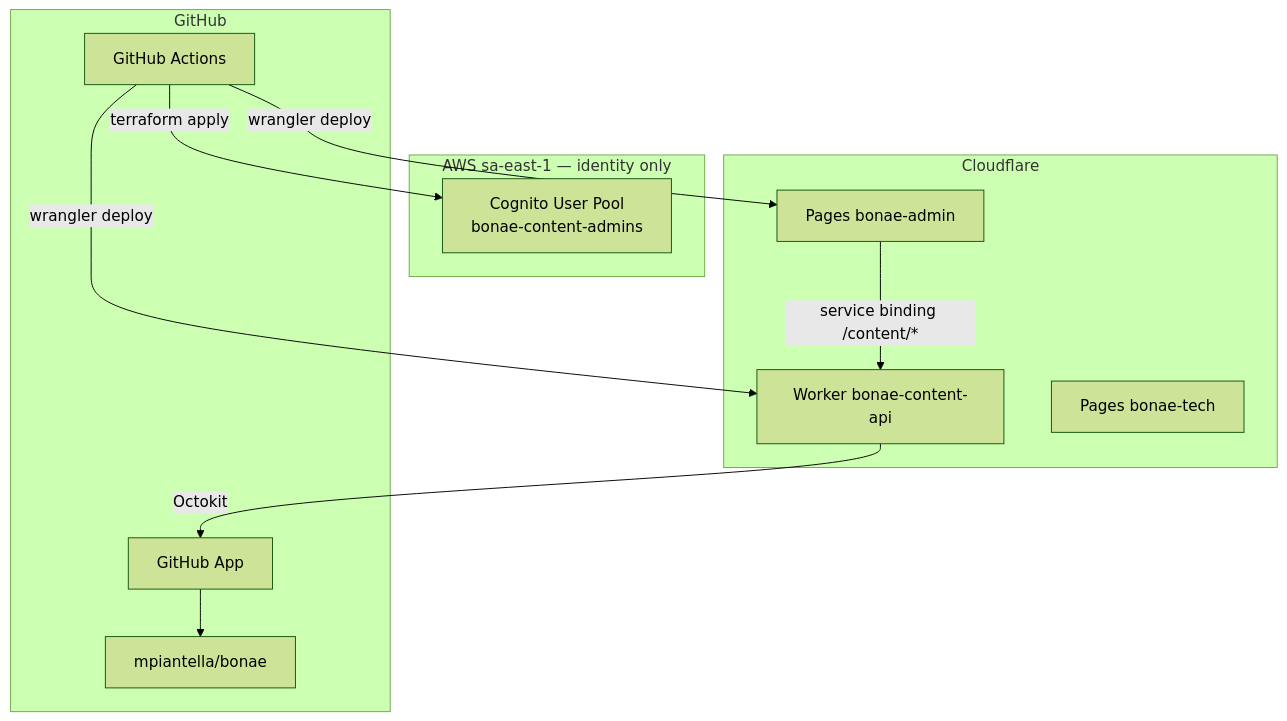
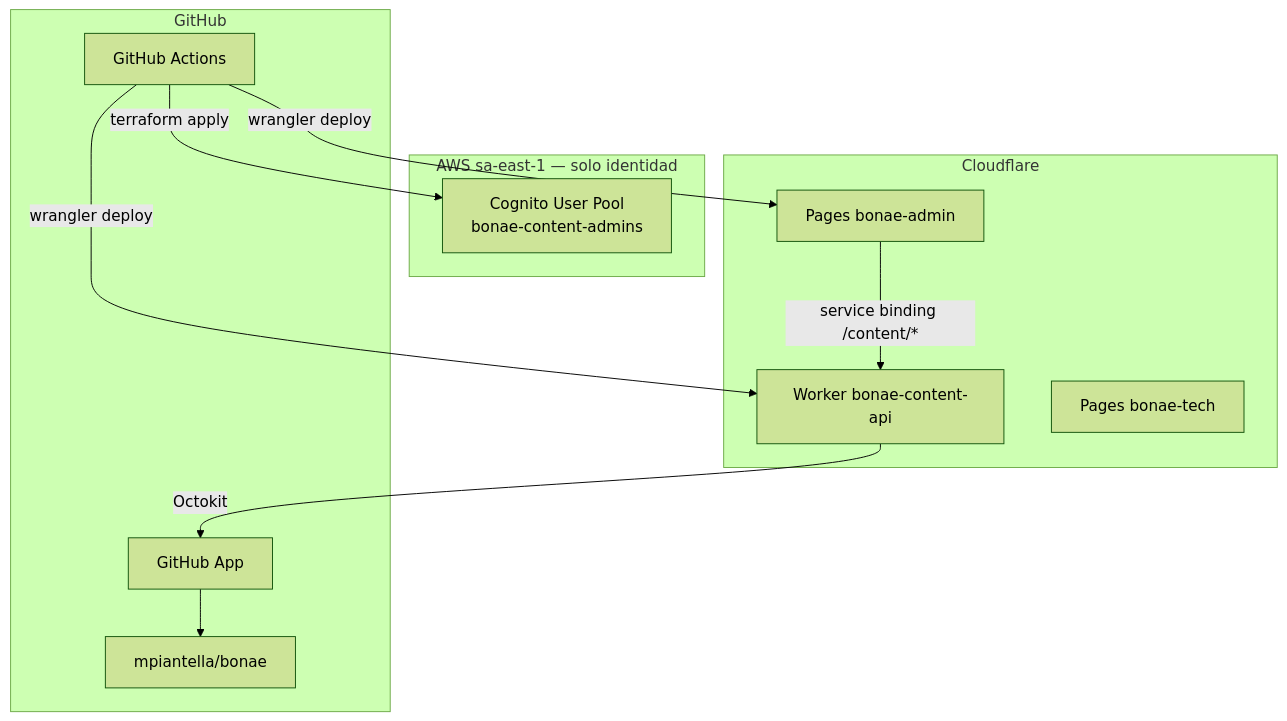
One commit to Bonae-Tech/bonae-tech changed the diagram in infra/README.md. Above: the diagram before and after it, drawn with Mermaid (forest theme). The commit also changed other lines of this file and 43 other files, not shown here.

````diff
--- a/infra/README.md
+++ b/infra/README.md
@@ -7,25 +7,25 @@
 ```mermaid
 graph TD
-    subgraph AWS["AWS sa-east-1 — identity only"]
+    subgraph AWS["AWS sa-east-1 — solo identidad"]
         Cognito["Cognito User Pool\nbonae-content-admins"]
     end
 
     subgraph Cloudflare
         AdminPages["Pages bonae-admin"]
         Worker["Worker bonae-content-api"]
         SitePages["Pages bonae-tech"]
     end
 
     subgraph GitHub
         GHRepo["mpiantella/bonae"]
         GHActions["GitHub Actions"]
         GHApp["GitHub App"]
     end
 
     AdminPages -->|"service binding /content/*"| Worker
     Worker -->|"Octokit"| GHApp
     GHApp --> GHRepo
     GHActions -->|"wrangler deploy"| AdminPages
     GHActions -->|"wrangler deploy"| Worker
     GHActions -->|"terraform apply"| Cognito
 ```
````
